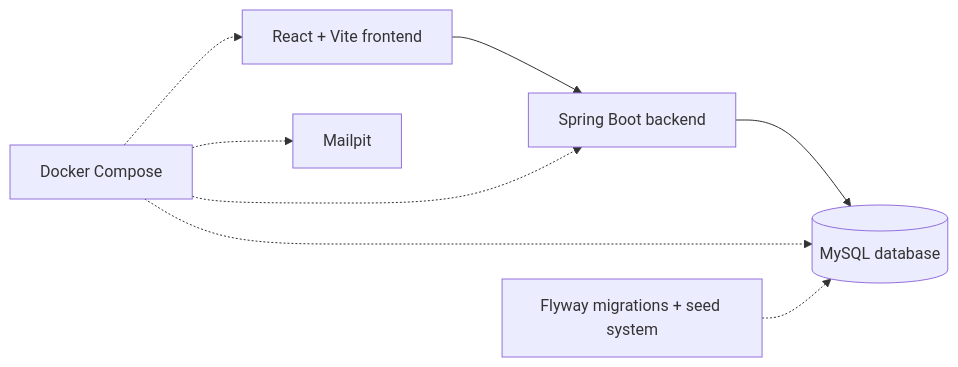
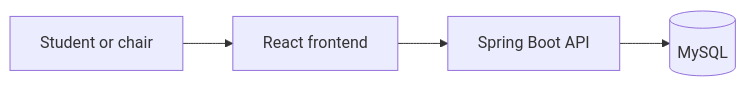
One commit to DAFinnell/Cecas changed the diagram in README.md. Above: the diagram before and after it, drawn with Mermaid. The commit also changed other lines of this file and 1 other file, not shown here.

````diff
--- a/README.md
+++ b/README.md
@@ -79,12 +65,6 @@
 ```mermaid
 flowchart LR
-    frontend["React + Vite frontend"] --> backend["Spring Boot backend"]
-    backend --> database[("MySQL database")]
-
-    docker["Docker Compose"] -.-> frontend
-    docker -.-> backend
-    docker -.-> database
-    docker -.-> mailpit["Mailpit"]
-
-    databaseSetup["Flyway migrations + seed system"] -.-> database
+    person["Student or chair"] --> frontend["React frontend"]
+    frontend --> backend["Spring Boot API"]
+    backend --> database[("MySQL")]
 ```
````
